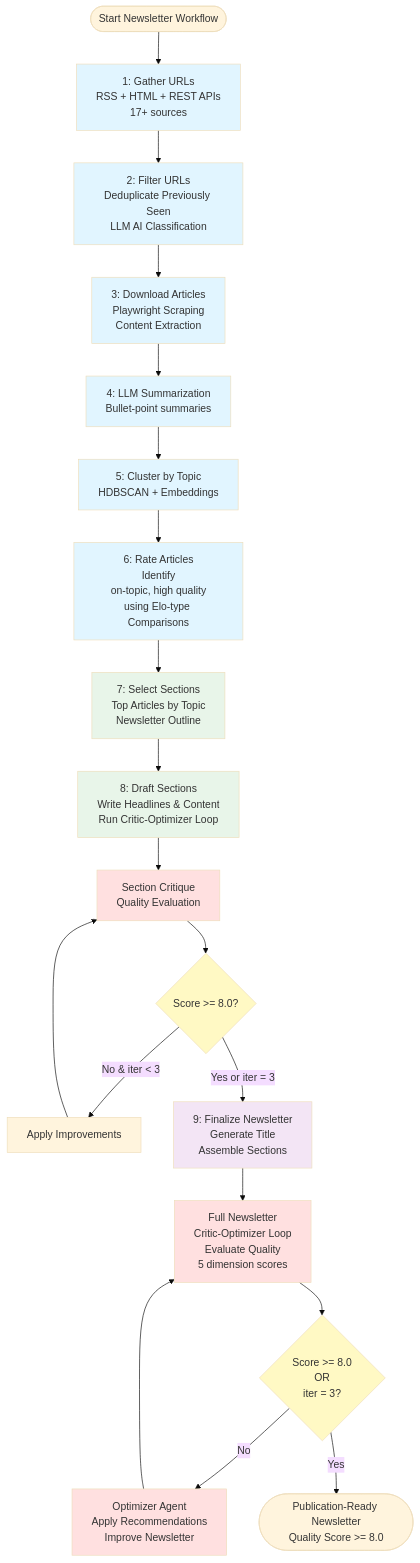
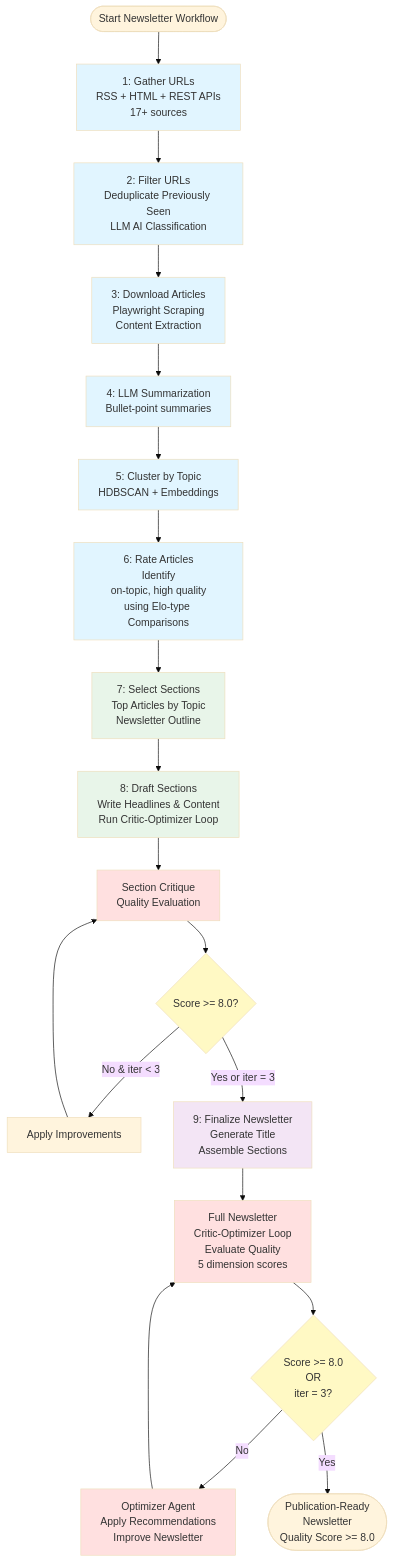
The diagram in README.md (druce/OpenAIAgentsSDK), drawn with Mermaid (base theme) before and after one commit.

````diff
--- a/README.md
+++ b/README.md
@@ -9,48 +9,48 @@
 ```mermaid
   flowchart TD
       Start([Start Newsletter Workflow]) --> Step1[1: Gather URLs<br/>RSS + HTML + REST APIs<br/>17+ sources]
 
       Step1 --> Step2[2: Filter URLs<br/>Deduplicate Previously Seen<br/>LLM AI Classification<br/>]
 
       Step2 --> Step3[3: Download Articles<br/>Playwright Scraping<br/>Content Extraction]
 
       Step3 --> Step4[4: LLM Summarization<br/>Bullet-point summaries]
 
       Step4 --> Step5[5: Cluster by Topic<br/>HDBSCAN + Embeddings]
 
       Step5 --> Step6[6: Rate Articles<br/>Identify<br/>on-topic, high quality<br/>using Elo-type Comparisons]
 
       Step6 --> Step7[7: Select Sections<br/>Top Articles by Topic<br/>Newsletter Outline]
 
       Step7 --> Step8[8: Draft Sections<br/>Write Headlines & Content<br/>Run Critic-Optimizer Loop]
 
       Step8 --> Critique8[Section Critique<br/>Quality Evaluation]
       Critique8 --> Check8{Score >= 8.0?}
       Check8 -->|No & iter < 3| Improve8[Apply Improvements]
       Improve8 --> Critique8
       Check8 -->|Yes or iter = 3| Step9[9: Finalize Newsletter<br/>Generate Title<br/>Assemble Sections]
 
       Step9 --> Critique9[Full Newsletter<br/>Critic-Optimizer Loop<br/>Evaluate Quality<br/>5 dimension scores]
 
       Critique9 --> Check9{Score >= 8.0<br/>OR<br/>iter = 3?}
 
       Check9 -->|No| Optimizer[Optimizer Agent<br/>Apply Recommendations<br/>Improve Newsletter]
       Optimizer --> Critique9
 
-      Check9 -->|Yes| Final([Publication-Ready Newsletter<br/>Quality Score >= 8.0])
+      Check9 -->|Yes| Final([Publication-Ready<br>Newsletter<br/>Quality Score >= 8.0])
 
       style Step1 fill:#e1f5ff
       style Step2 fill:#e1f5ff
       style Step3 fill:#e1f5ff
       style Step4 fill:#e1f5ff
       style Step5 fill:#e1f5ff
       style Step6 fill:#e1f5ff
       style Step7 fill:#e8f5e9
       style Step8 fill:#e8f5e9
       style Step9 fill:#f3e5f5
       style Critique8 fill:#ffe0e0
       style Critique9 fill:#ffe0e0
       style Optimizer fill:#ffe0e0
       style Check8 fill:#fff9c4
       style Check9 fill:#fff9c4
   ```
````
